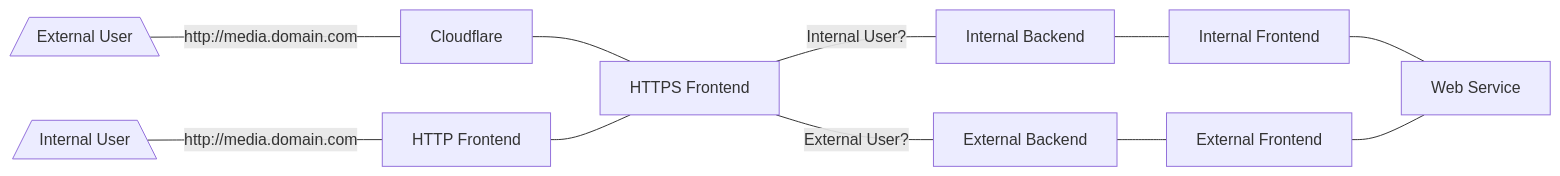
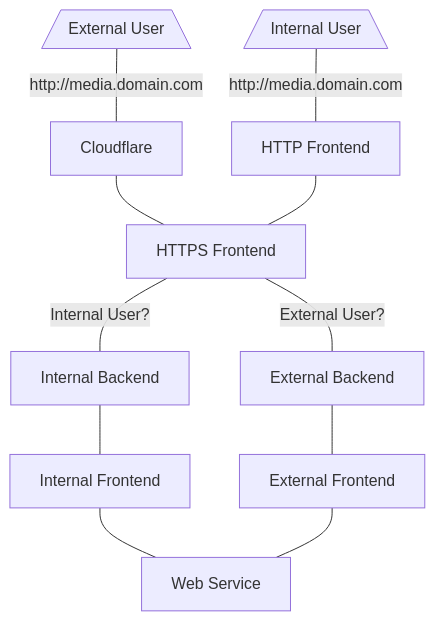
The diagram in _posts/2022-07-19-my-haproxy-config.md (ciphermenial/ciphermenial.github.io), drawn with Mermaid before and after one commit.

````diff
--- a/_posts/2022-07-19-my-haproxy-config.md
+++ b/_posts/2022-07-19-my-haproxy-config.md
@@ -139,13 +139,13 @@
 ```mermaid
-graph LR
+graph TD
     IU[/Internal User\] --http://media.domain.com--- FE_HTTP[HTTP Frontend]
     EU[/External User\] --http://media.domain.com--- CF[Cloudflare]
     CF --- FE_HTTPS
     FE_HTTP --- FE_HTTPS[HTTPS Frontend]
     FE_HTTPS --Internal User?--- BE_INT[Internal Backend]
     FE_HTTPS --External User?--- BE_EXT[External Backend]
     BE_INT --- FE_INT[Internal Frontend]
     BE_EXT --- FE_EXT[External Frontend]
     FE_INT --- S[Web Service]
     FE_EXT --- S
 ```
````
